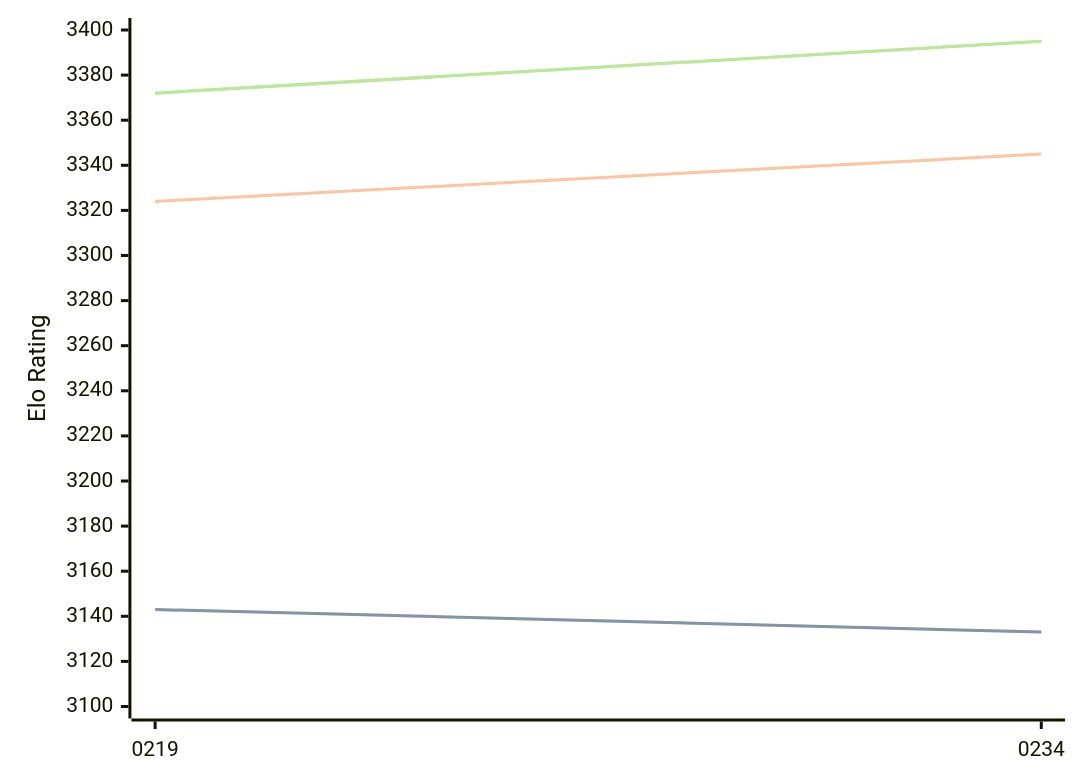
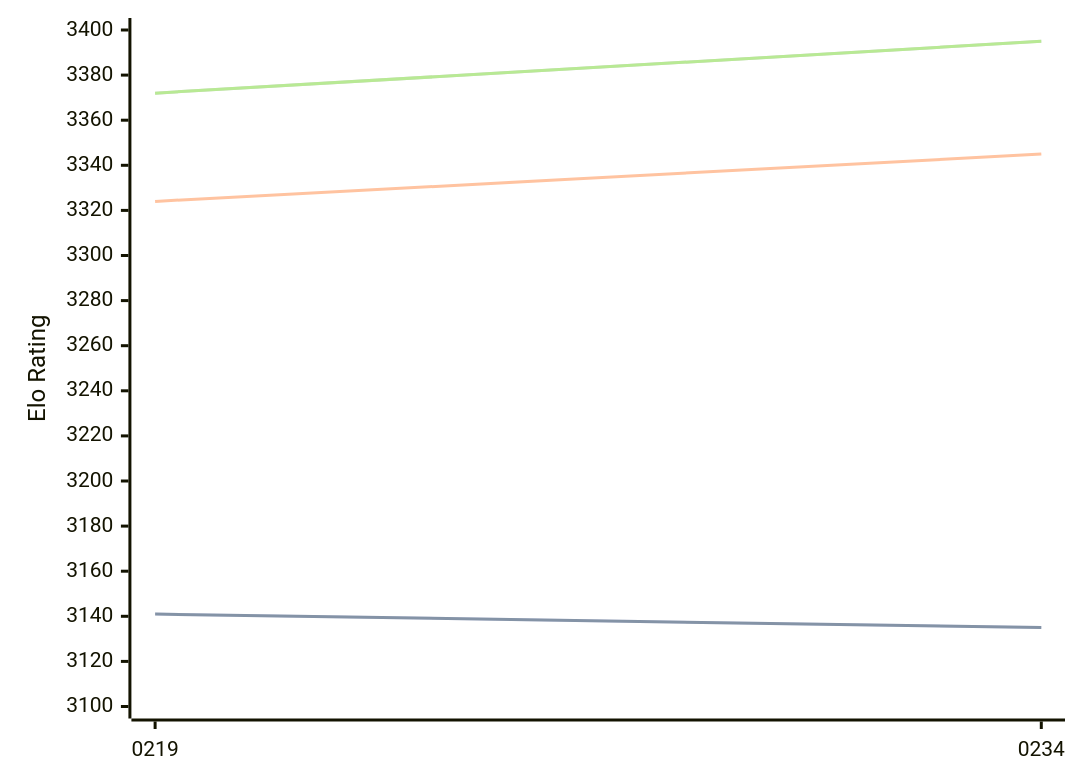
The diagram in engines/Ynode.md (computer-chess-index/cci), drawn with Mermaid before and after one commit. The commit also changed other lines of this file, not shown here.

````diff
--- a/engines/Ynode.md
+++ b/engines/Ynode.md
@@ -32,11 +32,11 @@
 ```mermaid
 %%{init: {"theme":"base","themeVariables":{"seriesColors:['#a3a3a3','#222221','#faa371']}}}%%
 xychart-beta
   x-axis ["0219", "0234"]
   y-axis "Elo Rating" 3100 --> 3400
-  line "" [3143, 3133]
-  line "STC (8.0+0.08s)" [3143, 3133]
+  line "" [3141, 3135]
+  line "STC (8.0+0.08s)" [3141, 3135]
   line "LTC (60.0+0.60s)" [3324, 3345]
   line "" [3372, 3395]
   line "VLTC (2m24s+1.12s)" [3372, 3395]
 ```
````
